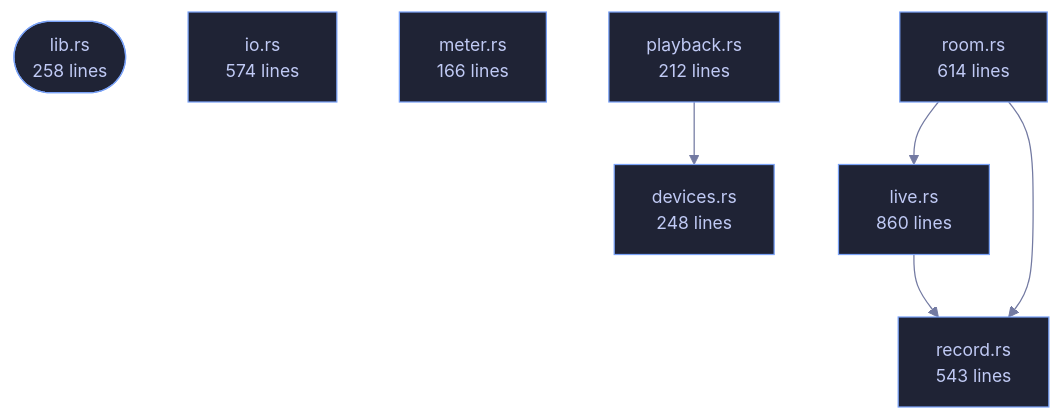
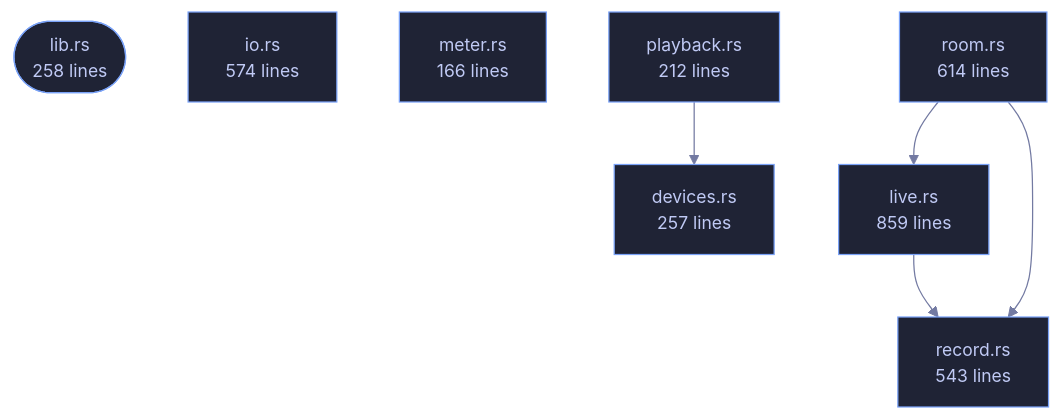
One commit to tilas01/veilvoice changed the diagram in crates/veilvoice-audio/README.md. Above: the diagram before and after it, drawn with Mermaid. The commit also changed other lines of this file and 24 other files, not shown here.

````diff
--- a/crates/veilvoice-audio/README.md
+++ b/crates/veilvoice-audio/README.md
@@ -80,24 +80,24 @@
 ```mermaid
 %%{init: {"theme":"base","themeVariables":{"background":"#1a1b26","primaryColor":"#1f2335","primaryTextColor":"#c0caf5","primaryBorderColor":"#7aa2f7","secondaryColor":"#16161e","tertiaryColor":"#16161e","lineColor":"#737aa2","textColor":"#c0caf5","mainBkg":"#1f2335","nodeBorder":"#7aa2f7","clusterBkg":"#16161e","clusterBorder":"#2f3549","fontFamily":"ui-monospace, SFMono-Regular, Consolas, monospace","fontSize":"14px"}}}%%
 flowchart TD
     n_lib(["lib.rs<br/>258 lines"])
-    n_devices["devices.rs<br/>248 lines"]
+    n_devices["devices.rs<br/>257 lines"]
     n_io["io.rs<br/>574 lines"]
-    n_live["live.rs<br/>860 lines"]
+    n_live["live.rs<br/>859 lines"]
     n_meter["meter.rs<br/>166 lines"]
     n_playback["playback.rs<br/>212 lines"]
     n_record["record.rs<br/>543 lines"]
     n_room["room.rs<br/>614 lines"]
     n_live --> n_record
     n_playback --> n_devices
     n_room --> n_live
     n_room --> n_record
     click n_lib href "https://github.com/tilas01/veilvoice/blob/main/crates/veilvoice-audio/src/lib.rs" "open the source"
     click n_devices href "https://github.com/tilas01/veilvoice/blob/main/crates/veilvoice-audio/src/devices.rs" "open the source"
     click n_io href "https://github.com/tilas01/veilvoice/blob/main/crates/veilvoice-audio/src/io.rs" "open the source"
     click n_live href "https://github.com/tilas01/veilvoice/blob/main/crates/veilvoice-audio/src/live.rs" "open the source"
     click n_meter href "https://github.com/tilas01/veilvoice/blob/main/crates/veilvoice-audio/src/meter.rs" "open the source"
     click n_playback href "https://github.com/tilas01/veilvoice/blob/main/crates/veilvoice-audio/src/playback.rs" "open the source"
     click n_record href "https://github.com/tilas01/veilvoice/blob/main/crates/veilvoice-audio/src/record.rs" "open the source"
     click n_room href "https://github.com/tilas01/veilvoice/blob/main/crates/veilvoice-audio/src/room.rs" "open the source"
 ```
````
